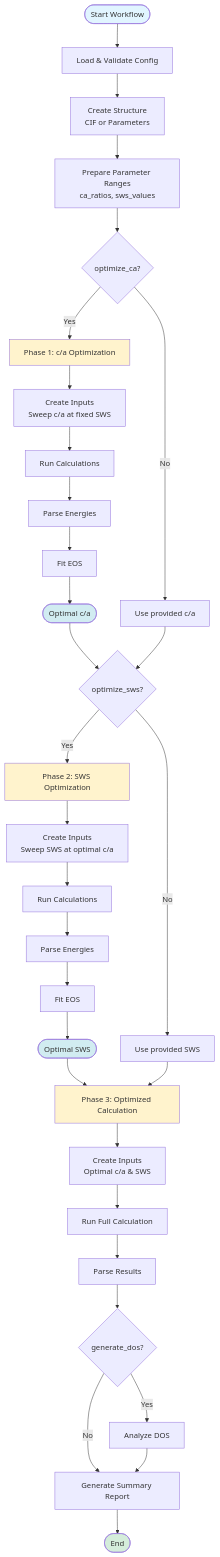
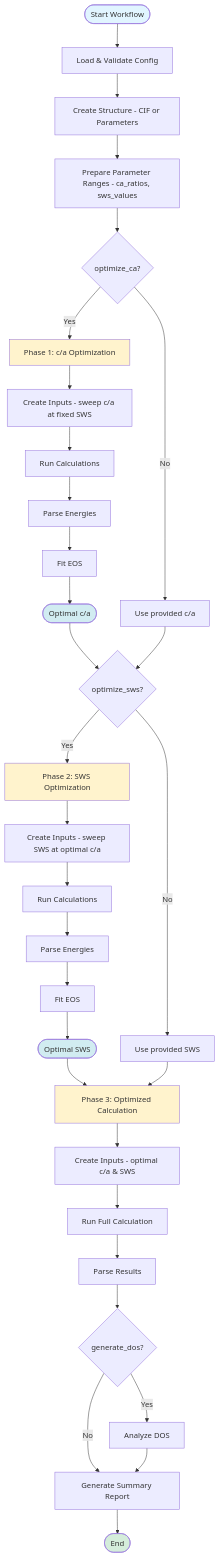
One commit to pcostacarvalho/emtoflow changed the first of 2 diagrams in docs/WORKFLOW_DIAGRAMS.md. Above: the diagram before and after it, drawn with Mermaid. The commit also changed other lines of this file and 455 other files, not shown here.

````diff
--- a/docs/WORKFLOW_DIAGRAMS.md
+++ b/docs/WORKFLOW_DIAGRAMS.md
@@ -158,52 +7,52 @@
 ```mermaid
 flowchart TD
     Start([Start Workflow]) --> LoadConfig[Load & Validate Config]
-    LoadConfig --> CreateStructure[Create Structure<br/>CIF or Parameters]
+    LoadConfig --> CreateStructure[Create Structure - CIF or Parameters]
     
-    CreateStructure --> PrepareRanges[Prepare Parameter Ranges<br/>ca_ratios, sws_values]
+    CreateStructure --> PrepareRanges[Prepare Parameter Ranges - ca_ratios, sws_values]
     
     PrepareRanges --> CheckCA{optimize_ca?}
     
     CheckCA -->|Yes| Phase1[Phase 1: c/a Optimization]
     CheckCA -->|No| UseCA[Use provided c/a]
     
-    Phase1 --> P1Inputs[Create Inputs<br/>Sweep c/a at fixed SWS]
+    Phase1 --> P1Inputs[Create Inputs - sweep c/a at fixed SWS]
     P1Inputs --> P1Run[Run Calculations]
     P1Run --> P1Parse[Parse Energies]
     P1Parse --> P1EOS[Fit EOS]
     P1EOS --> OptimalCA([Optimal c/a])
     
     OptimalCA --> CheckSWS{optimize_sws?}
     UseCA --> CheckSWS
     
     CheckSWS -->|Yes| Phase2[Phase 2: SWS Optimization]
     CheckSWS -->|No| UseSWS[Use provided SWS]
     
-    Phase2 --> P2Inputs[Create Inputs<br/>Sweep SWS at optimal c/a]
+    Phase2 --> P2Inputs[Create Inputs - sweep SWS at optimal c/a]
     P2Inputs --> P2Run[Run Calculations]
     P2Run --> P2Parse[Parse Energies]
     P2Parse --> P2EOS[Fit EOS]
     P2EOS --> OptimalSWS([Optimal SWS])
     
     OptimalSWS --> Phase3[Phase 3: Optimized Calculation]
     UseSWS --> Phase3
     
-    Phase3 --> P3Inputs[Create Inputs<br/>Optimal c/a & SWS]
+    Phase3 --> P3Inputs[Create Inputs - optimal c/a & SWS]
     P3Inputs --> P3Run[Run Full Calculation]
     P3Run --> P3Parse[Parse Results]
     
     P3Parse --> CheckDOS{generate_dos?}
     CheckDOS -->|Yes| DOS[Analyze DOS]
     CheckDOS -->|No| Report
     
     DOS --> Report[Generate Summary Report]
     Report --> End([End])
     
     style Start fill:#e1f5ff
     style OptimalCA fill:#d1ecf1
     style OptimalSWS fill:#d1ecf1
     style End fill:#d4edda
     style Phase1 fill:#fff3cd
     style Phase2 fill:#fff3cd
     style Phase3 fill:#fff3cd
 ```
````
